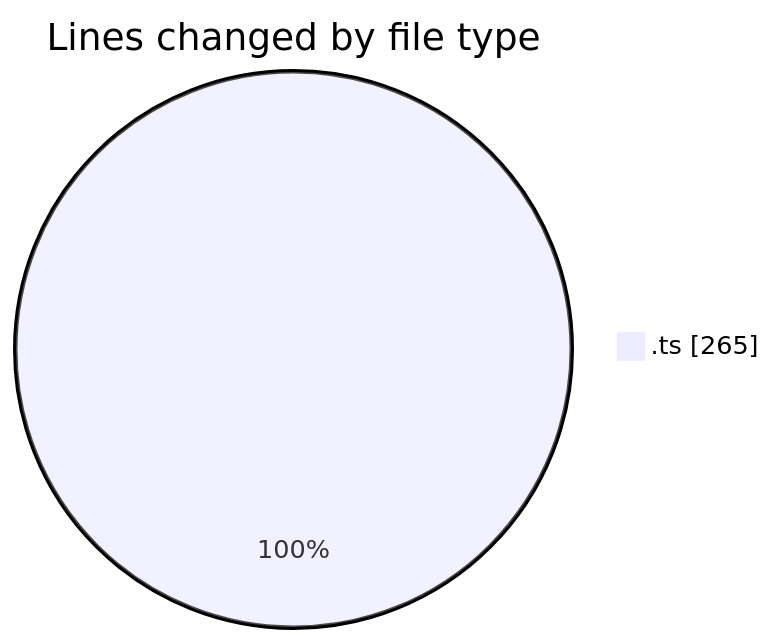
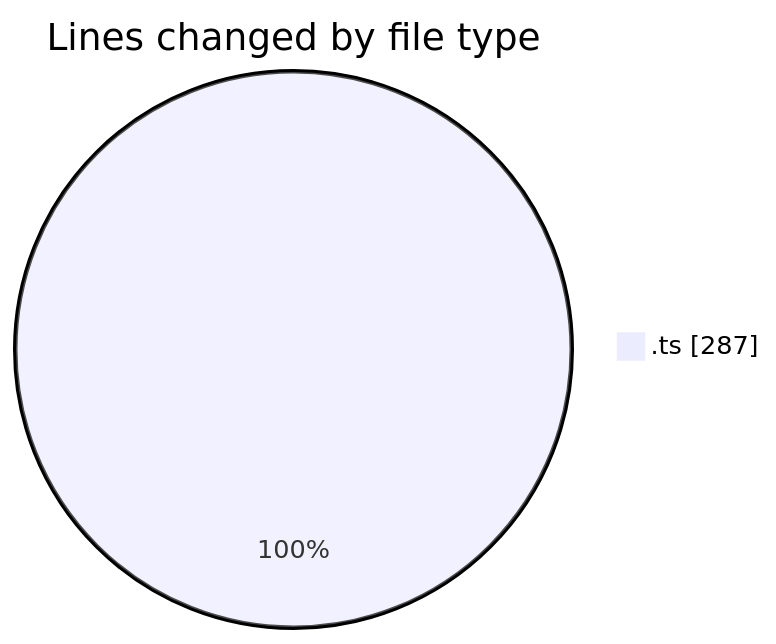
The first of 2 diagrams in 2025-08-01/cda/README.md (momahboobian/code-tracking), drawn with Mermaid before and after one commit. The commit also changed other lines of this file and 1 other file, not shown here.

````diff
--- a/2025-08-01/cda/README.md
+++ b/2025-08-01/cda/README.md
@@ -20,5 +20,5 @@
 ```mermaid
 pie showData
 title Lines changed by file type
-".ts" : 265
+".ts" : 287
 ```
````
